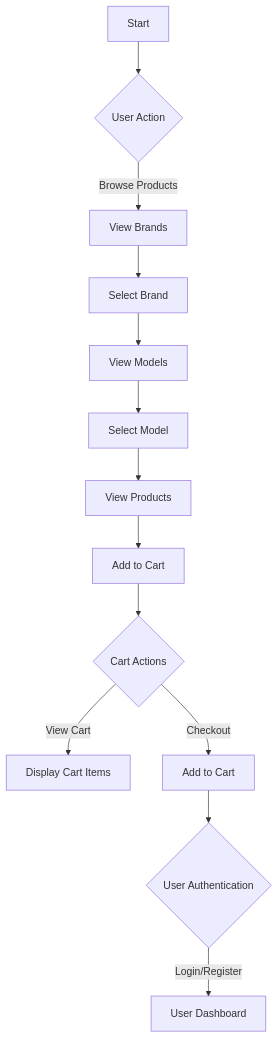
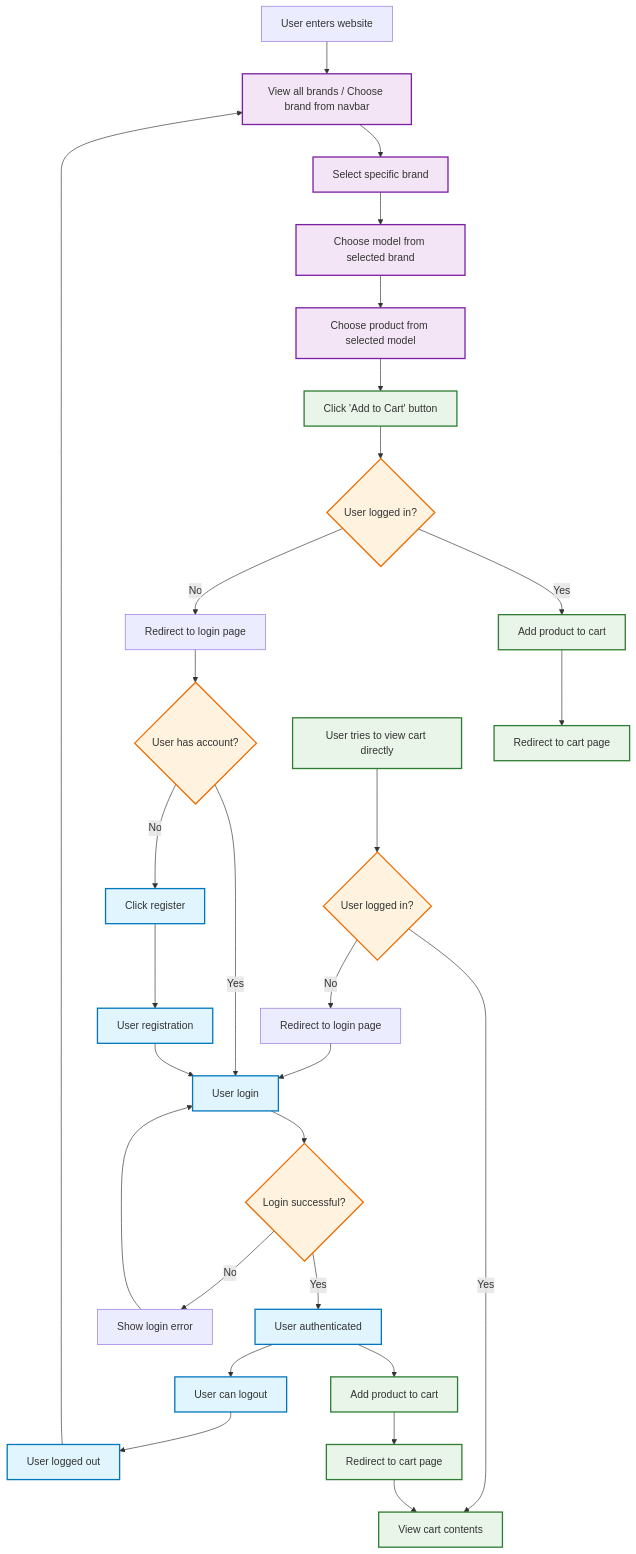
The diagram in README.md (mchmdirvan/skinify-web), drawn with Mermaid before and after one commit.

````diff
--- a/README.md
+++ b/README.md
@@ -36,15 +36,54 @@
 ```mermaid
 flowchart TD
-    A[Start] --> B{User Action}
-    B -->|Browse Products| C[View Brands]
-    C --> D[Select Brand]
-    D --> E[View Models]
-    E --> F[Select Model]
-    F --> G[View Products]
-    G --> H[Add to Cart]
-    H --> I{Cart Actions}
-    I -->|View Cart| J[Display Cart Items]
-    I -->|Checkout| K[Add to Cart]
-    K --> L{User Authentication}
-    L -->|Login/Register| M[User Dashboard]
+    A[User enters website] --> B[View all brands / Choose brand from navbar]
+
+    B --> C[Select specific brand]
+    C --> D[Choose model from selected brand]
+    D --> E[Choose product from selected model]
+    E --> F[Click 'Add to Cart' button]
+
+    F --> G{User logged in?}
+
+    G -->|Yes| H[Add product to cart]
+    H --> I[Redirect to cart page]
+
+    G -->|No| J[Redirect to login page]
+    J --> K{User has account?}
+
+    K -->|Yes| L[User login]
+    K -->|No| M[Click register]
+    M --> N[User registration]
+    N --> L
+
+    L --> O{Login successful?}
+    O -->|Yes| P[User authenticated]
+    O -->|No| Q[Show login error]
+    Q --> L
+
+    P --> R[Add product to cart]
+    R --> S[Redirect to cart page]
+
+    S --> T[View cart contents]
+
+    %% Cart access control
+    U[User tries to view cart directly] --> V{User logged in?}
+    V -->|Yes| T
+    V -->|No| W[Redirect to login page]
+    W --> L
+
+    %% Logout functionality
+    P --> X[User can logout]
+    X --> Y[User logged out]
+    Y --> B
+
+    %% Styling
+    classDef authProcess fill:#e1f5fe,stroke:#0277bd,stroke-width:2px
+    classDef productFlow fill:#f3e5f5,stroke:#7b1fa2,stroke-width:2px
+    classDef cartFlow fill:#e8f5e8,stroke:#2e7d32,stroke-width:2px
+    classDef decision fill:#fff3e0,stroke:#ef6c00,stroke-width:2px
+
+    class L,M,N,P,X,Y authProcess
+    class B,C,D,E productFlow
+    class F,H,I,R,S,T,U cartFlow
+    class G,K,O,V decision
 ```
````
